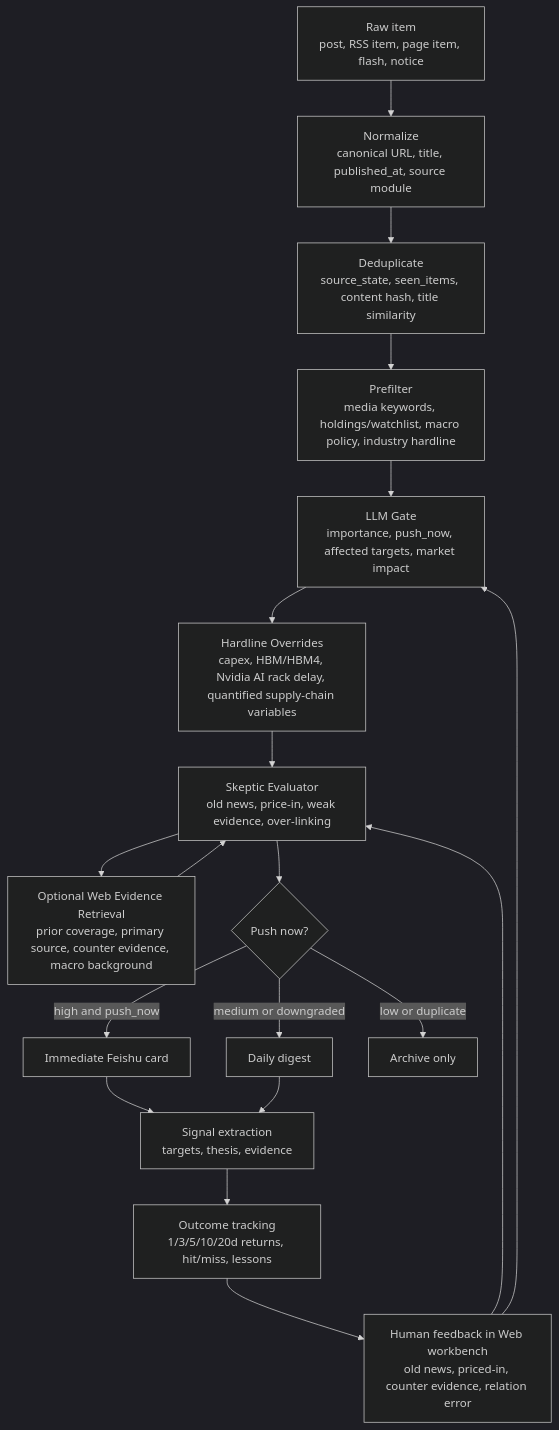
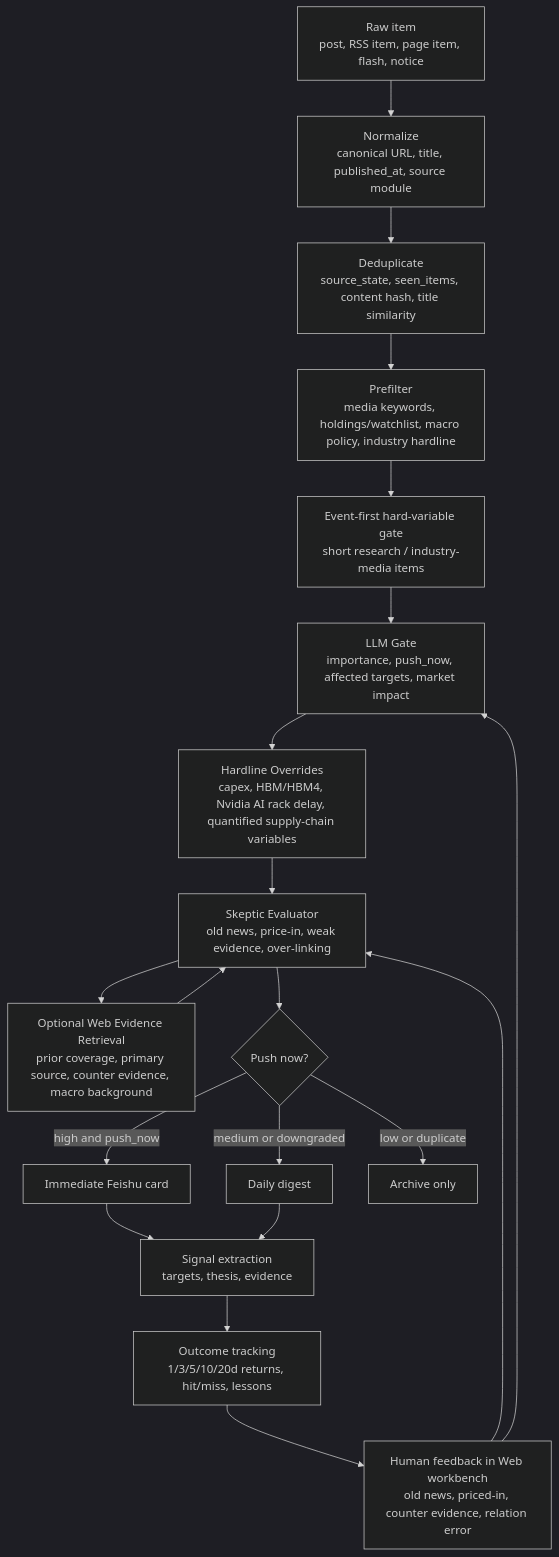
The third of 5 diagrams in docs/architecture-flow.md (Stayfoool/MarketPulseWire), drawn with Mermaid (dark theme) before and after one commit. The commit also changed other lines of this file and 4 other files, not shown here.

Commit message:
Add event-first gate for research media hard variables

````diff
--- a/docs/architecture-flow.md
+++ b/docs/architecture-flow.md
@@ -192,30 +192,31 @@
 ```mermaid
 flowchart TD
     Raw["Raw item<br/>post, RSS item, page item, flash, notice"]
     Normalize["Normalize<br/>canonical URL, title, published_at, source module"]
     Dedupe["Deduplicate<br/>source_state, seen_items, content hash, title similarity"]
     Prefilter["Prefilter<br/>media keywords, holdings/watchlist, macro policy, industry hardline"]
     Gate["LLM Gate<br/>importance, push_now, affected targets, market impact"]
     Hardline["Hardline Overrides<br/>capex, HBM/HBM4, Nvidia AI rack delay, quantified supply-chain variables"]
     Skeptic["Skeptic Evaluator<br/>old news, price-in, weak evidence, over-linking"]
     WebEvidence["Optional Web Evidence Retrieval<br/>prior coverage, primary source, counter evidence, macro background"]
     PushDecision{"Push now?"}
     Feishu["Immediate Feishu card"]
     Digest["Daily digest"]
     Archive["Archive only"]
     Signal["Signal extraction<br/>targets, thesis, evidence"]
     Outcome["Outcome tracking<br/>1/3/5/10/20d returns, hit/miss, lessons"]
     Feedback["Human feedback in Web workbench<br/>old news, priced-in, counter evidence, relation error"]
 
-    Raw --> Normalize --> Dedupe --> Prefilter --> Gate --> Hardline --> Skeptic
+    Raw --> Normalize --> Dedupe --> Prefilter --> EventFirst["Event-first hard-variable gate<br/>short research / industry-media items"]
+    EventFirst --> Gate --> Hardline --> Skeptic
     Skeptic --> WebEvidence --> Skeptic
     Skeptic --> PushDecision
     PushDecision -- "high and push_now" --> Feishu
     PushDecision -- "medium or downgraded" --> Digest
     PushDecision -- "low or duplicate" --> Archive
     Feishu --> Signal
     Digest --> Signal
     Signal --> Outcome --> Feedback
     Feedback --> Skeptic
     Feedback --> Gate
 ```
````
